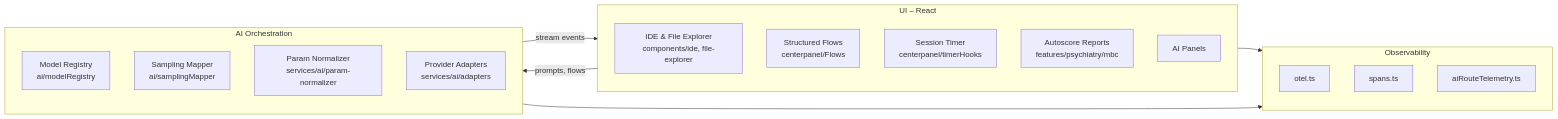
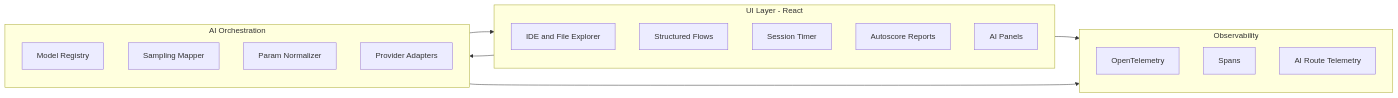
One commit to mustafaras/Synapse_IDE_PSYCHIATRY changed the first of 16 diagrams in README.md. Above: the diagram before and after it, drawn with Mermaid. The commit also changed other lines of this file, not shown here.

````diff
--- a/README.md
+++ b/README.md
@@ -128,28 +136,28 @@
 ```mermaid
-flowchart LR
-  subgraph UI[UI – React]
-    IDE[IDE & File Explorer\ncomponents/ide, file-explorer]
-    Flows[Structured Flows\ncenterpanel/Flows]
-    Timer[Session Timer\ncenterpanel/timerHooks]
-    MBC[Autoscore Reports\nfeatures/psychiatry/mbc]
-    Chat[AI Panels]
+graph LR
+  subgraph UI["UI Layer - React"]
+    IDE["IDE and File Explorer"]
+    Flows["Structured Flows"]
+    Timer["Session Timer"]
+    MBC["Autoscore Reports"]
+    Chat["AI Panels"]
   end
 
-  subgraph AI[AI Orchestration]
-    Reg[Model Registry\nai/modelRegistry]
-    Map[Sampling Mapper\nai/samplingMapper]
-    Norm[Param Normalizer\nservices/ai/param-normalizer]
-    Adapt[Provider Adapters\nservices/ai/adapters]
+  subgraph AI["AI Orchestration"]
+    Reg["Model Registry"]
+    Map["Sampling Mapper"]
+    Norm["Param Normalizer"]
+    Adapt["Provider Adapters"]
   end
 
-  subgraph Obs[Observability]
-    Otel[otel.ts]
-    Spans[spans.ts]
-    Route[aiRouteTelemetry.ts]
+  subgraph Obs["Observability"]
+    Otel["OpenTelemetry"]
+    Spans["Spans"]
+    Route["AI Route Telemetry"]
   end
 
-  UI -->|prompts, flows| AI
-  AI -->|stream events| UI
+  UI --> AI
+  AI --> UI
   UI --> Obs
   AI --> Obs
 ```
````
